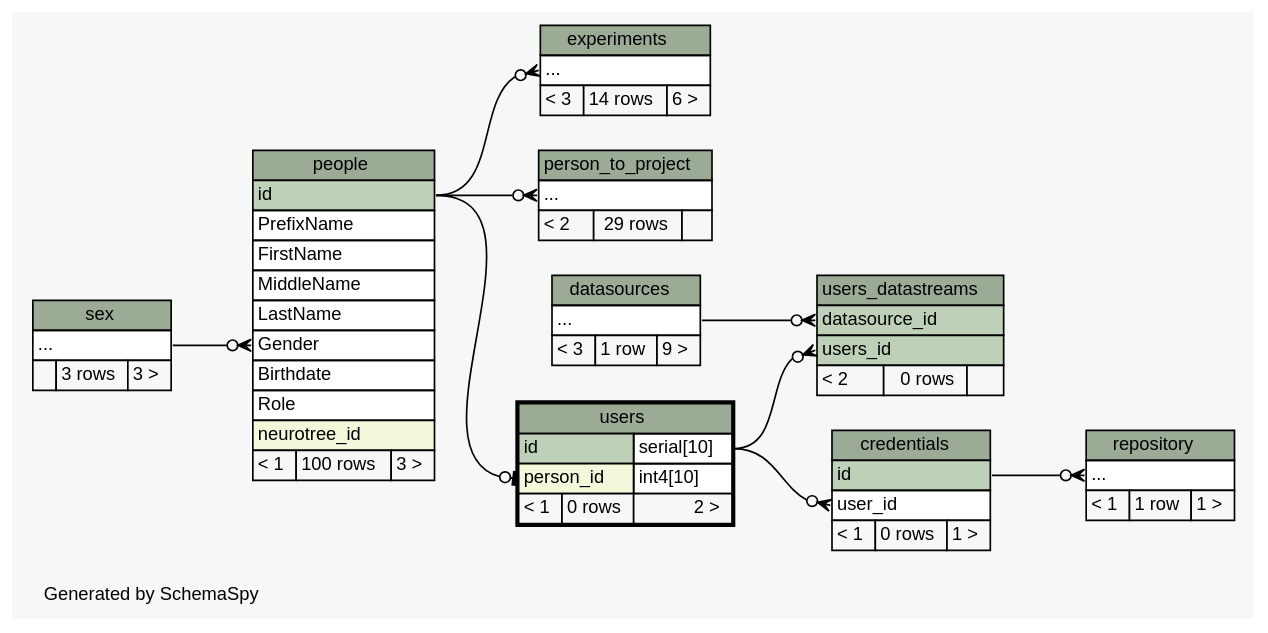
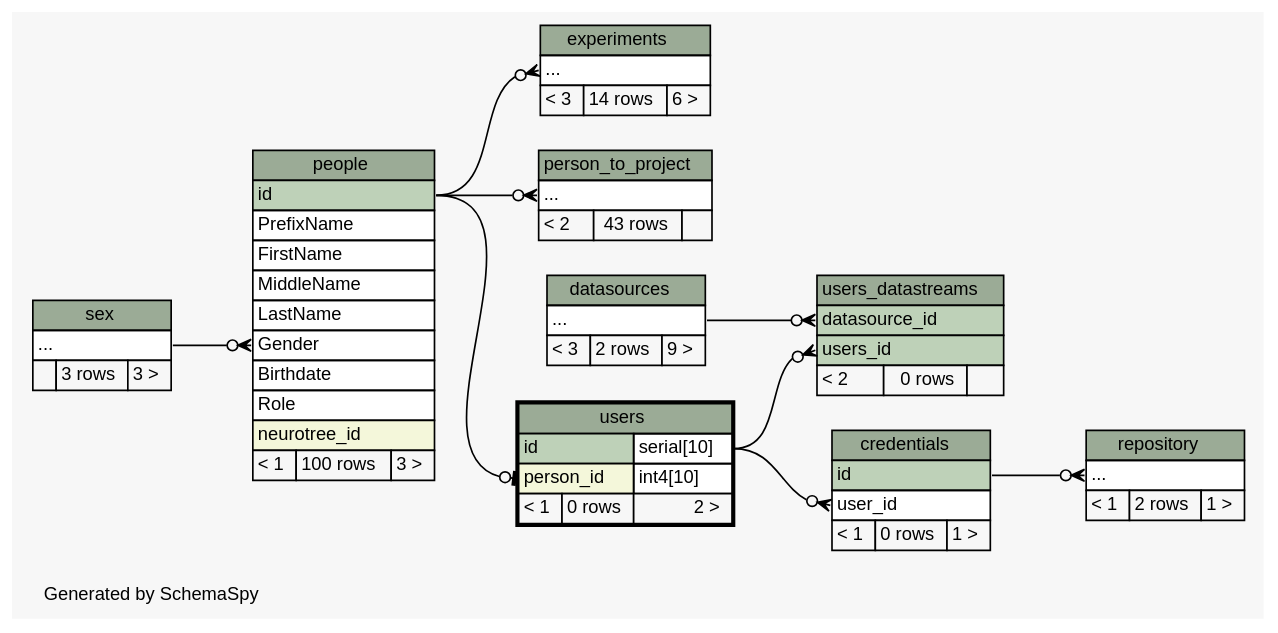
The diagram in database/ss/diagrams/users.2degrees.dot (tgbugs/mlab), drawn with Graphviz before and after one commit. The commit also changed 221 other files, not shown here.

```diff
--- a/database/ss/diagrams/users.2degrees.dot
+++ b/database/ss/diagrams/users.2degrees.dot
@@ -1,131 +1,131 @@
 // dot 2.34.0 on Windows 7 6.1
 // SchemaSpy rev 590
 digraph "twoDegreesRelationshipsDiagram" {
   graph [
     rankdir="RL"
     bgcolor="#f7f7f7"
     label="\nGenerated by SchemaSpy"
     labeljust="l"
     nodesep="0.18"
     ranksep="0.46"
     fontname="Helvetica"
     fontsize="11"
   ];
   node [
     fontname="Helvetica"
     fontsize="11"
     shape="plaintext"
   ];
   edge [
     arrowsize="0.8"
   ];
   "credentials":"user_id":w -> "users":"id.type":e [arrowhead=none dir=back arrowtail=crowodot];
   "experiments":"elipses":w -> "people":"id":e [arrowhead=none dir=back arrowtail=crowodot];
   "people":"Gender":w -> "sex":"elipses":e [arrowhead=none dir=back arrowtail=crowodot];
   "person_to_project":"elipses":w -> "people":"id":e [arrowhead=none dir=back arrowtail=crowodot];
   "repository":"elipses":w -> "credentials":"id":e [arrowhead=none dir=back arrowtail=crowodot];
   "users":"person_id":w -> "people":"id":e [arrowhead=none dir=back arrowtail=teeodot];
   "users_datastreams":"datasource_id":w -> "datasources":"elipses":e [arrowhead=none dir=back arrowtail=crowodot];
   "users_datastreams":"users_id":w -> "users":"id.type":e [arrowhead=none dir=back arrowtail=crowodot];
   "credentials" [
     label=<
     <TABLE BORDER="0" CELLBORDER="1" CELLSPACING="0" BGCOLOR="#ffffff">
       <TR><TD COLSPAN="3" BGCOLOR="#9bab96" ALIGN="CENTER">credentials</TD></TR>
       <TR><TD PORT="id" COLSPAN="3" BGCOLOR="#bed1b8" ALIGN="LEFT">id</TD></TR>
       <TR><TD PORT="user_id" COLSPAN="3" ALIGN="LEFT">user_id</TD></TR>
       <TR><TD ALIGN="LEFT" BGCOLOR="#f7f7f7">&lt; 1</TD><TD ALIGN="RIGHT" BGCOLOR="#f7f7f7">0 rows</TD><TD ALIGN="RIGHT" BGCOLOR="#f7f7f7">1 &gt;</TD></TR>
     </TABLE>>
     URL="credentials.html"
     tooltip="credentials"
   ];
   "datasources" [
     label=<
     <TABLE BORDER="0" CELLBORDER="1" CELLSPACING="0" BGCOLOR="#ffffff">
       <TR><TD COLSPAN="3" BGCOLOR="#9bab96" ALIGN="CENTER">datasources</TD></TR>
       <TR><TD PORT="elipses" COLSPAN="3" ALIGN="LEFT">...</TD></TR>
-      <TR><TD ALIGN="LEFT" BGCOLOR="#f7f7f7">&lt; 3</TD><TD ALIGN="RIGHT" BGCOLOR="#f7f7f7">1 row</TD><TD ALIGN="RIGHT" BGCOLOR="#f7f7f7">9 &gt;</TD></TR>
+      <TR><TD ALIGN="LEFT" BGCOLOR="#f7f7f7">&lt; 3</TD><TD ALIGN="RIGHT" BGCOLOR="#f7f7f7">2 rows</TD><TD ALIGN="RIGHT" BGCOLOR="#f7f7f7">9 &gt;</TD></TR>
     </TABLE>>
     URL="datasources.html"
     tooltip="datasources"
   ];
   "experiments" [
     label=<
     <TABLE BORDER="0" CELLBORDER="1" CELLSPACING="0" BGCOLOR="#ffffff">
       <TR><TD COLSPAN="3" BGCOLOR="#9bab96" ALIGN="CENTER">experiments</TD></TR>
       <TR><TD PORT="elipses" COLSPAN="3" ALIGN="LEFT">...</TD></TR>
       <TR><TD ALIGN="LEFT" BGCOLOR="#f7f7f7">&lt; 3</TD><TD ALIGN="RIGHT" BGCOLOR="#f7f7f7">14 rows</TD><TD ALIGN="RIGHT" BGCOLOR="#f7f7f7">6 &gt;</TD></TR>
     </TABLE>>
     URL="experiments.html"
     tooltip="experiments"
   ];
   "people" [
     label=<
     <TABLE BORDER="0" CELLBORDER="1" CELLSPACING="0" BGCOLOR="#ffffff">
       <TR><TD COLSPAN="3" BGCOLOR="#9bab96" ALIGN="CENTER">people</TD></TR>
       <TR><TD PORT="id" COLSPAN="3" BGCOLOR="#bed1b8" ALIGN="LEFT">id</TD></TR>
       <TR><TD PORT="PrefixName" COLSPAN="3" ALIGN="LEFT">PrefixName</TD></TR>
       <TR><TD PORT="FirstName" COLSPAN="3" ALIGN="LEFT">FirstName</TD></TR>
       <TR><TD PORT="MiddleName" COLSPAN="3" ALIGN="LEFT">MiddleName</TD></TR>
       <TR><TD PORT="LastName" COLSPAN="3" ALIGN="LEFT">LastName</TD></TR>
       <TR><TD PORT="Gender" COLSPAN="3" ALIGN="LEFT">Gender</TD></TR>
       <TR><TD PORT="Birthdate" COLSPAN="3" ALIGN="LEFT">Birthdate</TD></TR>
       <TR><TD PORT="Role" COLSPAN="3" ALIGN="LEFT">Role</TD></TR>
       <TR><TD PORT="neurotree_id" COLSPAN="3" BGCOLOR="#f4f7da" ALIGN="LEFT">neurotree_id</TD></TR>
       <TR><TD ALIGN="LEFT" BGCOLOR="#f7f7f7">&lt; 1</TD><TD ALIGN="RIGHT" BGCOLOR="#f7f7f7">100 rows</TD><TD ALIGN="RIGHT" BGCOLOR="#f7f7f7">3 &gt;</TD></TR>
     </TABLE>>
     URL="people.html"
     tooltip="people"
   ];
   "person_to_project" [
     label=<
     <TABLE BORDER="0" CELLBORDER="1" CELLSPACING="0" BGCOLOR="#ffffff">
       <TR><TD COLSPAN="3" BGCOLOR="#9bab96" ALIGN="CENTER">person_to_project</TD></TR>
       <TR><TD PORT="elipses" COLSPAN="3" ALIGN="LEFT">...</TD></TR>
-      <TR><TD ALIGN="LEFT" BGCOLOR="#f7f7f7">&lt; 2</TD><TD ALIGN="RIGHT" BGCOLOR="#f7f7f7">29 rows</TD><TD ALIGN="RIGHT" BGCOLOR="#f7f7f7">  </TD></TR>
+      <TR><TD ALIGN="LEFT" BGCOLOR="#f7f7f7">&lt; 2</TD><TD ALIGN="RIGHT" BGCOLOR="#f7f7f7">43 rows</TD><TD ALIGN="RIGHT" BGCOLOR="#f7f7f7">  </TD></TR>
     </TABLE>>
     URL="person_to_project.html"
     tooltip="person_to_project"
   ];
   "repository" [
     label=<
     <TABLE BORDER="0" CELLBORDER="1" CELLSPACING="0" BGCOLOR="#ffffff">
       <TR><TD COLSPAN="3" BGCOLOR="#9bab96" ALIGN="CENTER">repository</TD></TR>
       <TR><TD PORT="elipses" COLSPAN="3" ALIGN="LEFT">...</TD></TR>
-      <TR><TD ALIGN="LEFT" BGCOLOR="#f7f7f7">&lt; 1</TD><TD ALIGN="RIGHT" BGCOLOR="#f7f7f7">1 row</TD><TD ALIGN="RIGHT" BGCOLOR="#f7f7f7">1 &gt;</TD></TR>
+      <TR><TD ALIGN="LEFT" BGCOLOR="#f7f7f7">&lt; 1</TD><TD ALIGN="RIGHT" BGCOLOR="#f7f7f7">2 rows</TD><TD ALIGN="RIGHT" BGCOLOR="#f7f7f7">1 &gt;</TD></TR>
     </TABLE>>
     URL="repository.html"
     tooltip="repository"
   ];
   "sex" [
     label=<
     <TABLE BORDER="0" CELLBORDER="1" CELLSPACING="0" BGCOLOR="#ffffff">
       <TR><TD COLSPAN="3" BGCOLOR="#9bab96" ALIGN="CENTER">sex</TD></TR>
       <TR><TD PORT="elipses" COLSPAN="3" ALIGN="LEFT">...</TD></TR>
       <TR><TD ALIGN="LEFT" BGCOLOR="#f7f7f7">  </TD><TD ALIGN="RIGHT" BGCOLOR="#f7f7f7">3 rows</TD><TD ALIGN="RIGHT" BGCOLOR="#f7f7f7">3 &gt;</TD></TR>
     </TABLE>>
     URL="sex.html"
     tooltip="sex"
   ];
   "users" [
     label=<
     <TABLE BORDER="2" CELLBORDER="1" CELLSPACING="0" BGCOLOR="#ffffff">
       <TR><TD COLSPAN="3" BGCOLOR="#9bab96" ALIGN="CENTER">users</TD></TR>
       <TR><TD PORT="id" COLSPAN="2" BGCOLOR="#bed1b8" ALIGN="LEFT">id</TD><TD PORT="id.type" ALIGN="LEFT">serial[10]</TD></TR>
       <TR><TD PORT="person_id" COLSPAN="2" BGCOLOR="#f4f7da" ALIGN="LEFT">person_id</TD><TD PORT="person_id.type" ALIGN="LEFT">int4[10]</TD></TR>
       <TR><TD ALIGN="LEFT" BGCOLOR="#f7f7f7">&lt; 1</TD><TD ALIGN="RIGHT" BGCOLOR="#f7f7f7">0 rows</TD><TD ALIGN="RIGHT" BGCOLOR="#f7f7f7">2 &gt;</TD></TR>
     </TABLE>>
     URL="users.html"
     tooltip="users"
   ];
   "users_datastreams" [
     label=<
     <TABLE BORDER="0" CELLBORDER="1" CELLSPACING="0" BGCOLOR="#ffffff">
       <TR><TD COLSPAN="3" BGCOLOR="#9bab96" ALIGN="CENTER">users_datastreams</TD></TR>
       <TR><TD PORT="datasource_id" COLSPAN="3" BGCOLOR="#bed1b8" ALIGN="LEFT">datasource_id</TD></TR>
       <TR><TD PORT="users_id" COLSPAN="3" BGCOLOR="#bed1b8" ALIGN="LEFT">users_id</TD></TR>
       <TR><TD ALIGN="LEFT" BGCOLOR="#f7f7f7">&lt; 2</TD><TD ALIGN="RIGHT" BGCOLOR="#f7f7f7">0 rows</TD><TD ALIGN="RIGHT" BGCOLOR="#f7f7f7">  </TD></TR>
     </TABLE>>
     URL="users_datastreams.html"
     tooltip="users_datastreams"
   ];
 }
```
